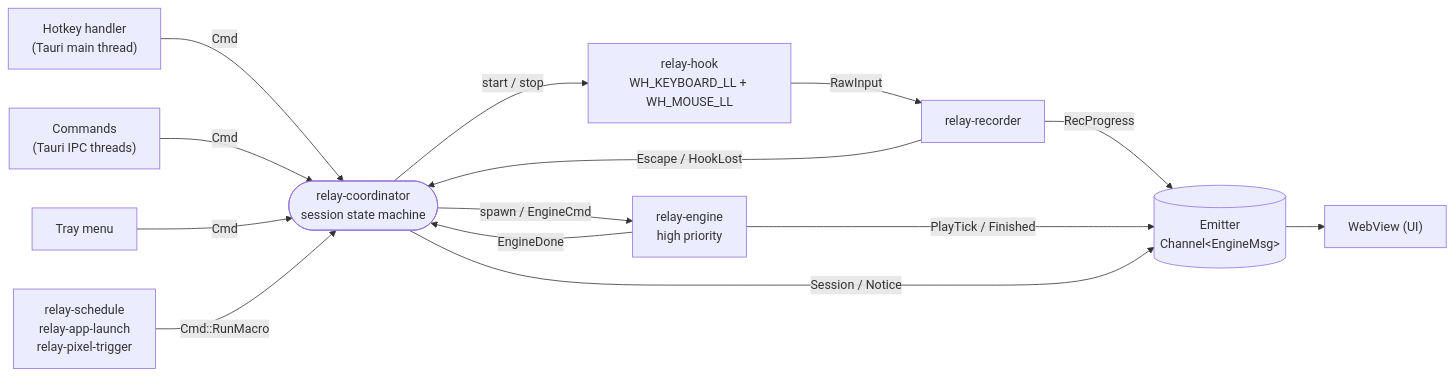
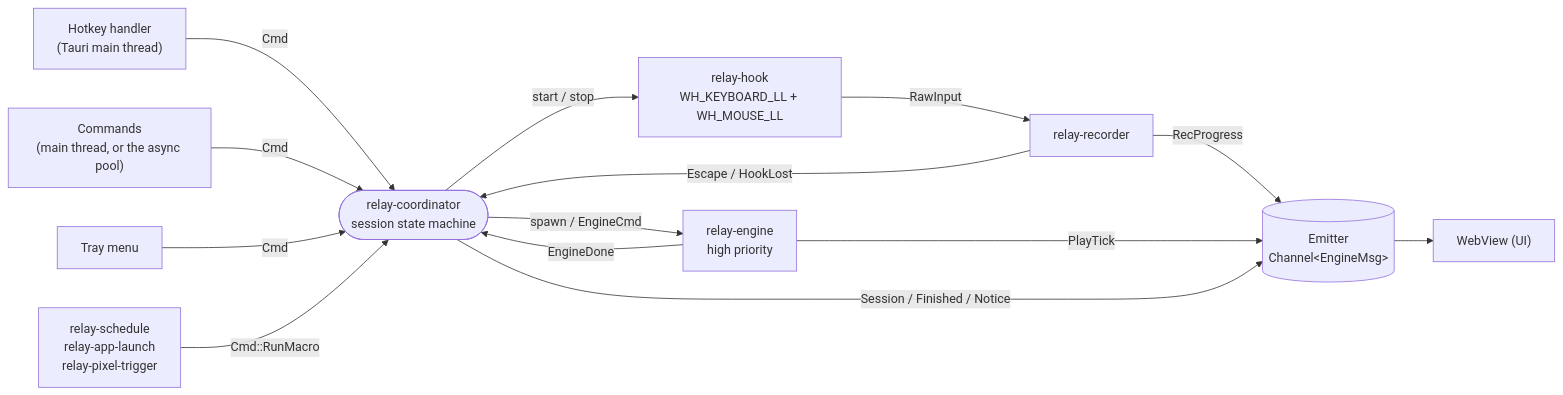
Before and after one commit to HappyRave/Relay: the second of 5 diagrams in docs/engineering/architecture.md, drawn with Mermaid. The commit also changed other lines of this file and 8 other files, not shown here.

Commit message:
docs: the refactored architecture (hotkeys on the main thread, playback generations, hook press tracking, async-result guards, and more)

````diff
--- a/docs/engineering/architecture.md
+++ b/docs/engineering/architecture.md
@@ -64,17 +64,17 @@
 ```mermaid
 flowchart LR
     hk["Hotkey handler<br/>(Tauri main thread)"] -- Cmd --> C
-    ui["Commands<br/>(Tauri IPC threads)"] -- Cmd --> C
+    ui["Commands<br/>(main thread, or the async pool)"] -- Cmd --> C
     tray["Tray menu"] -- Cmd --> C
     T["relay-schedule<br/>relay-app-launch<br/>relay-pixel-trigger"] -- "Cmd::RunMacro" --> C
     C(["relay-coordinator<br/>session state machine"])
     C -- "start / stop" --> H["relay-hook<br/>WH_KEYBOARD_LL + WH_MOUSE_LL"]
     H -- RawInput --> R["relay-recorder"]
     R -- "RecProgress" --> E[("Emitter<br/>Channel&lt;EngineMsg&gt;")]
     R -- "Escape / HookLost" --> C
     C -- "spawn / EngineCmd" --> P["relay-engine<br/>high priority"]
-    P -- "PlayTick / Finished" --> E
+    P -- "PlayTick" --> E
     P -- "EngineDone" --> C
-    C -- "Session / Notice" --> E
+    C -- "Session / Finished / Notice" --> E
     E --> W["WebView (UI)"]
 ```
````
